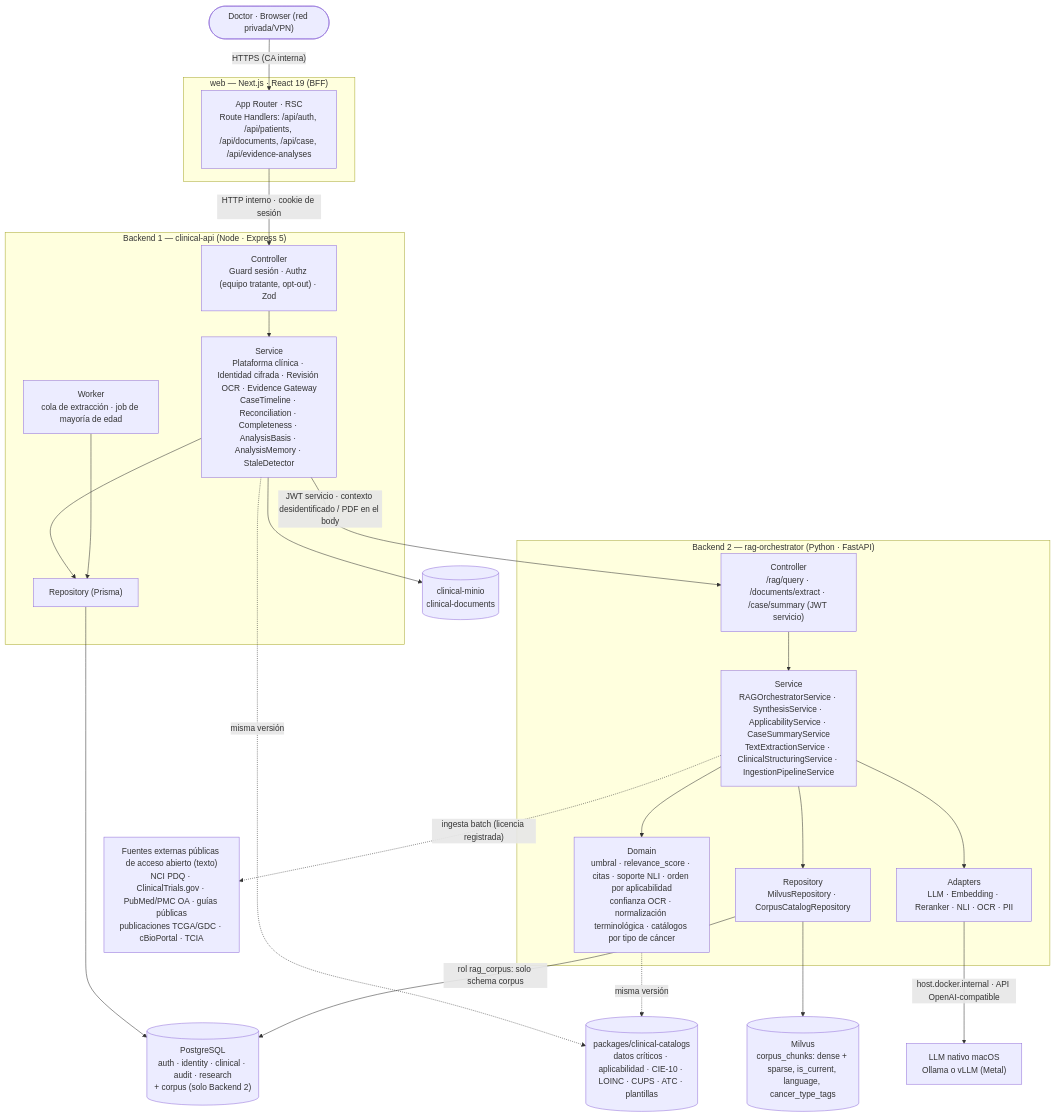
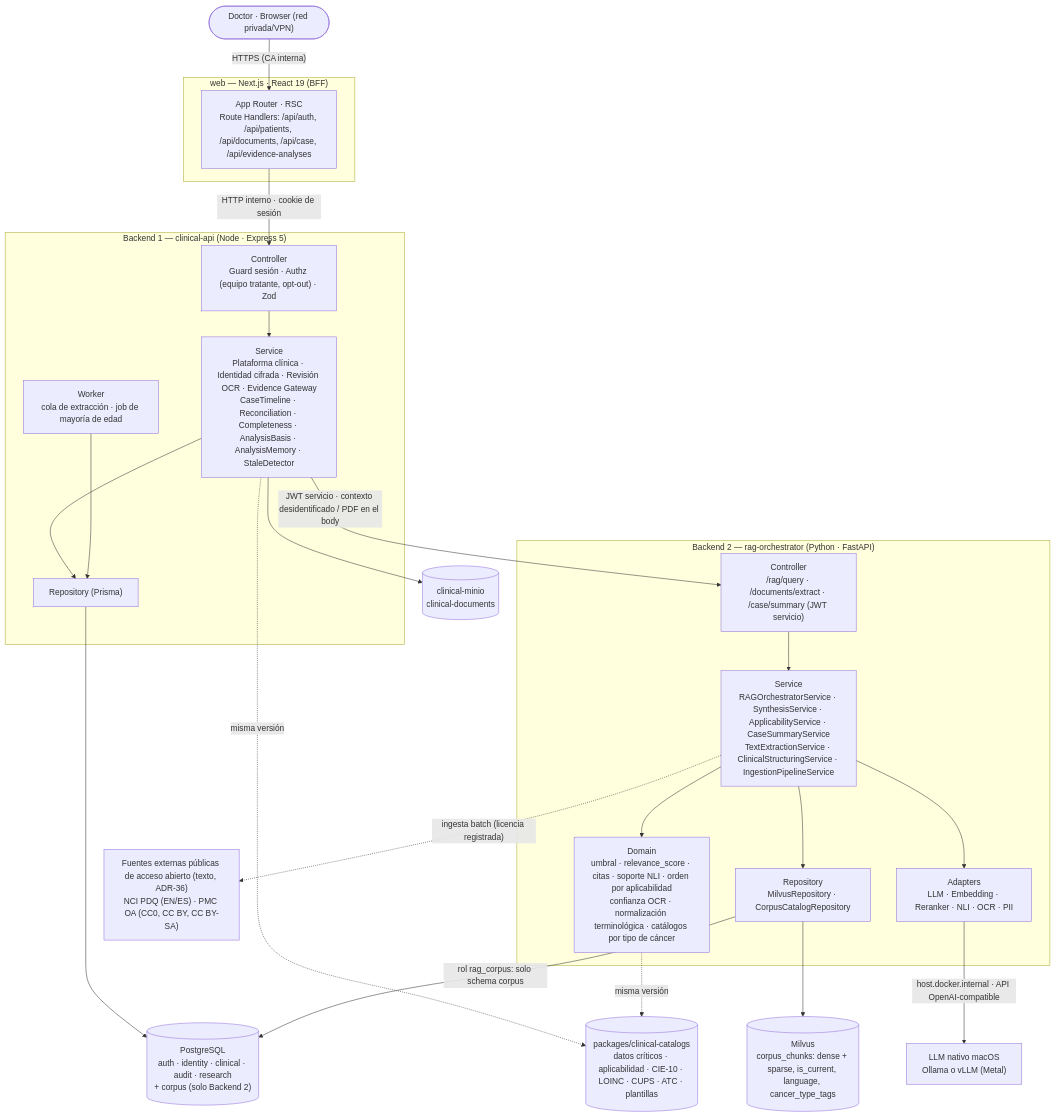
The first of 7 diagrams in readme.md (hatrickmario/OncoLens-Lab), drawn with Mermaid before and after one commit. The commit also changed other lines of this file, not shown here.

````diff
--- a/readme.md
+++ b/readme.md
@@ -184,49 +193,49 @@
 ```mermaid
 flowchart TD
     Doctor(["Doctor · Browser (red privada/VPN)"])
 
     subgraph FE["web — Next.js · React 19 (BFF)"]
         Next["App Router · RSC<br/>Route Handlers: /api/auth, /api/patients, /api/documents, /api/case, /api/evidence-analyses"]
     end
 
     subgraph BE1["Backend 1 — clinical-api (Node · Express 5)"]
         C1["Controller<br/>Guard sesión · Authz (equipo tratante, opt-out) · Zod"]
         S1["Service<br/>Plataforma clínica · Identidad cifrada · Revisión OCR · Evidence Gateway<br/>CaseTimeline · Reconciliation · Completeness · AnalysisBasis · AnalysisMemory · StaleDetector"]
         W1["Worker<br/>cola de extracción · job de mayoría de edad"]
         R1["Repository (Prisma)"]
         C1 --> S1 --> R1
         W1 --> R1
     end
 
     PG[("PostgreSQL<br/>auth · identity · clinical · audit · research<br/>+ corpus (solo Backend 2)")]
     CM[("clinical-minio<br/>clinical-documents")]
 
     subgraph BE2["Backend 2 — rag-orchestrator (Python · FastAPI)"]
         C2["Controller<br/>/rag/query · /documents/extract · /case/summary (JWT servicio)"]
         S2["Service<br/>RAGOrchestratorService · SynthesisService · ApplicabilityService · CaseSummaryService<br/>TextExtractionService · ClinicalStructuringService · IngestionPipelineService"]
         D2["Domain<br/>umbral · relevance_score · citas · soporte NLI · orden por aplicabilidad<br/>confianza OCR · normalización terminológica · catálogos por tipo de cáncer"]
         R2["Repository<br/>MilvusRepository · CorpusCatalogRepository"]
         A2["Adapters<br/>LLM · Embedding · Reranker · NLI · OCR · PII"]
         C2 --> S2
         S2 --> D2
         S2 --> R2
         S2 --> A2
     end
 
     Milvus[("Milvus<br/>corpus_chunks: dense + sparse, is_current, language, cancer_type_tags")]
     LLM["LLM nativo macOS<br/>Ollama o vLLM (Metal)"]
     CAT[("packages/clinical-catalogs<br/>datos críticos · aplicabilidad · CIE-10 · LOINC · CUPS · ATC · plantillas")]
-    Ext["Fuentes externas públicas de acceso abierto (texto)<br/>NCI PDQ · ClinicalTrials.gov · PubMed/PMC OA · guías públicas<br/>publicaciones TCGA/GDC · cBioPortal · TCIA"]
+    Ext["Fuentes externas públicas de acceso abierto (texto, ADR-36)<br/>NCI PDQ (EN/ES) · PMC OA (CC0, CC BY, CC BY-SA)"]
 
     Doctor -- "HTTPS (CA interna)" --> Next
     Next -- "HTTP interno · cookie de sesión" --> C1
     R1 --> PG
     S1 --> CM
     S1 -- "JWT servicio · contexto desidentificado / PDF en el body" --> C2
     R2 --> Milvus
     R2 -- "rol rag_corpus: solo schema corpus" --> PG
     A2 -- "host.docker.internal · API OpenAI-compatible" --> LLM
     S2 -. "ingesta batch (licencia registrada)" .-> Ext
     S1 -. "misma versión" .-> CAT
     D2 -. "misma versión" .-> CAT
 ```
````
